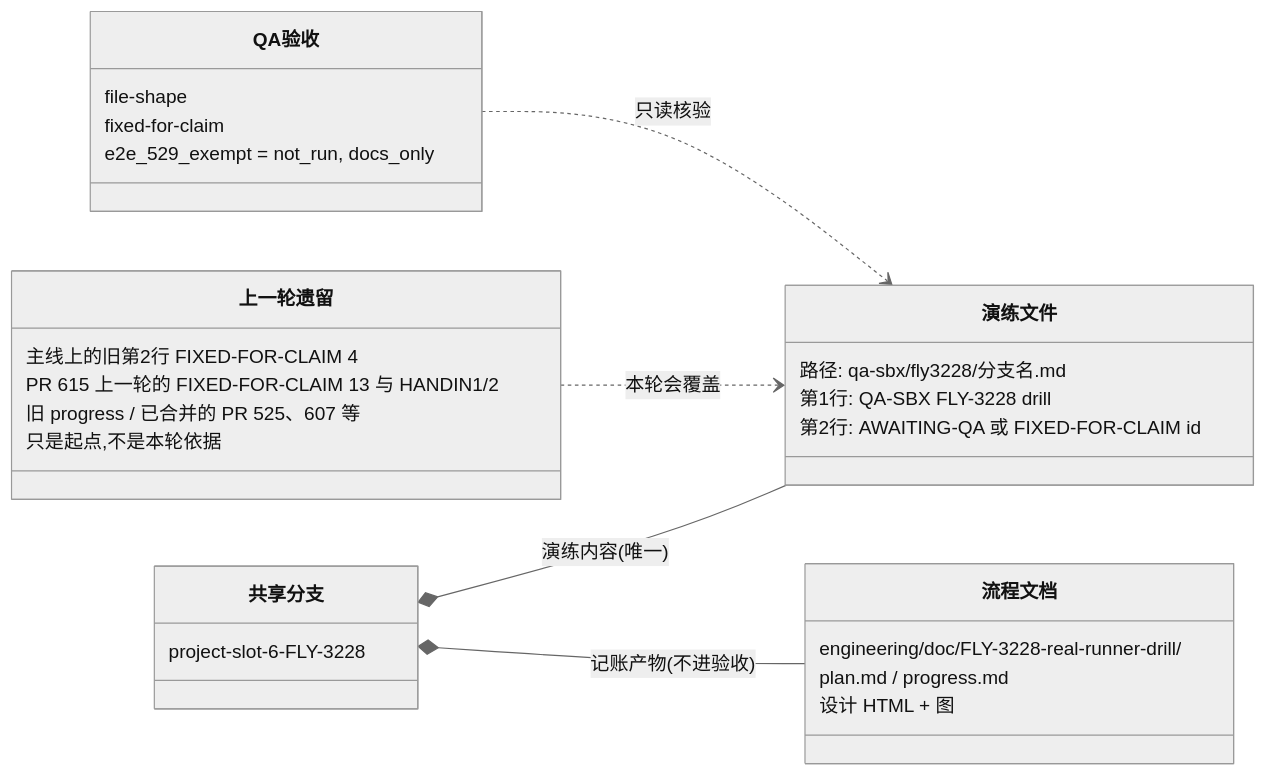
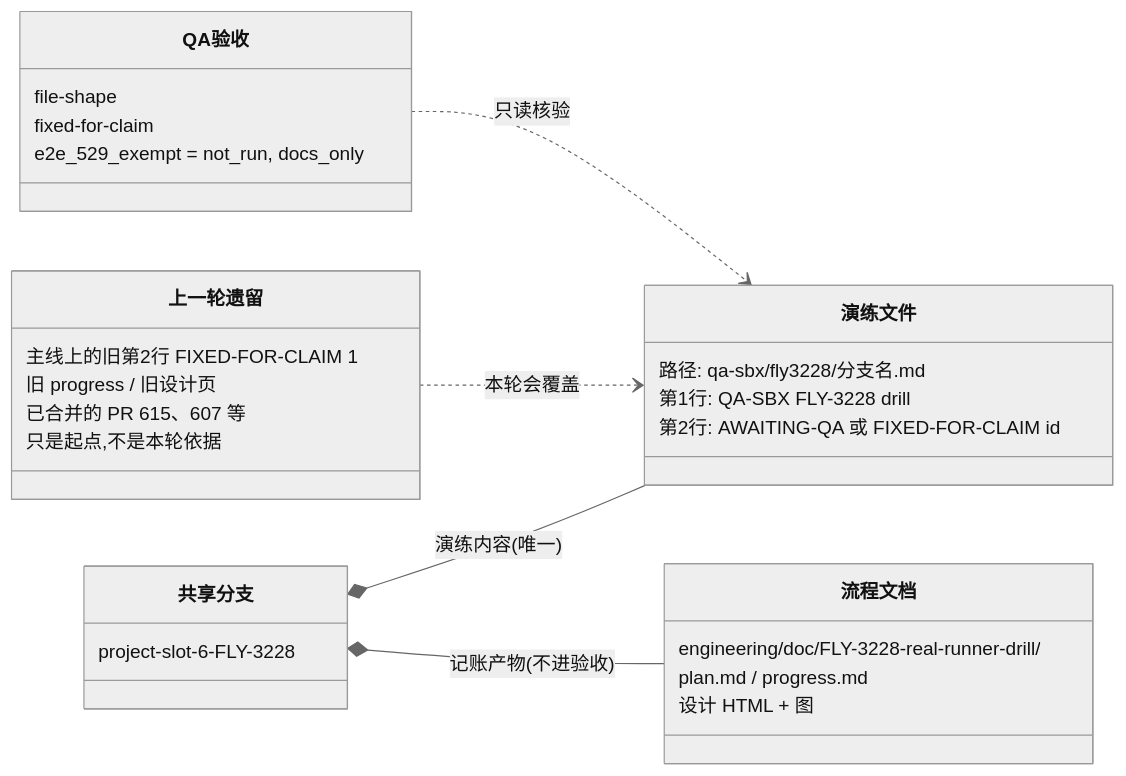
Before and after one commit to xrliAnnie/flywheel-qa-sandbox: the diagram in engineering/doc/FLY-3228-real-runner-drill/d2-data-model.mmd, drawn with Mermaid (neutral theme). The commit also changed 6 other files, not shown here.

```diff
--- a/engineering/doc/FLY-3228-real-runner-drill/d2-data-model.mmd
+++ b/engineering/doc/FLY-3228-real-runner-drill/d2-data-model.mmd
@@ -1,30 +1,30 @@
 classDiagram
     direction LR
     class 共享分支 {
         project-slot-6-FLY-3228
     }
     class 演练文件 {
         路径: qa-sbx/fly3228/分支名.md
         第1行: QA-SBX FLY-3228 drill
         第2行: AWAITING-QA 或 FIXED-FOR-CLAIM id
     }
     class 上一轮遗留 {
-        主线上的旧第2行 FIXED-FOR-CLAIM 4
-        PR 615 上一轮的 FIXED-FOR-CLAIM 13 与 HANDIN1/2
-        旧 progress / 已合并的 PR 525、607 等
+        主线上的旧第2行 FIXED-FOR-CLAIM 1
+        旧 progress / 旧设计页
+        已合并的 PR 615、607 等
         只是起点,不是本轮依据
     }
     class 流程文档 {
         engineering/doc/FLY-3228-real-runner-drill/
         plan.md / progress.md
         设计 HTML + 图
     }
     class QA验收 {
         file-shape
         fixed-for-claim
         e2e_529_exempt = not_run, docs_only
     }
     共享分支 *-- 演练文件 : 演练内容(唯一)
     共享分支 *-- 流程文档 : 记账产物(不进验收)
     上一轮遗留 ..> 演练文件 : 本轮会覆盖
     QA验收 ..> 演练文件 : 只读核验
```
